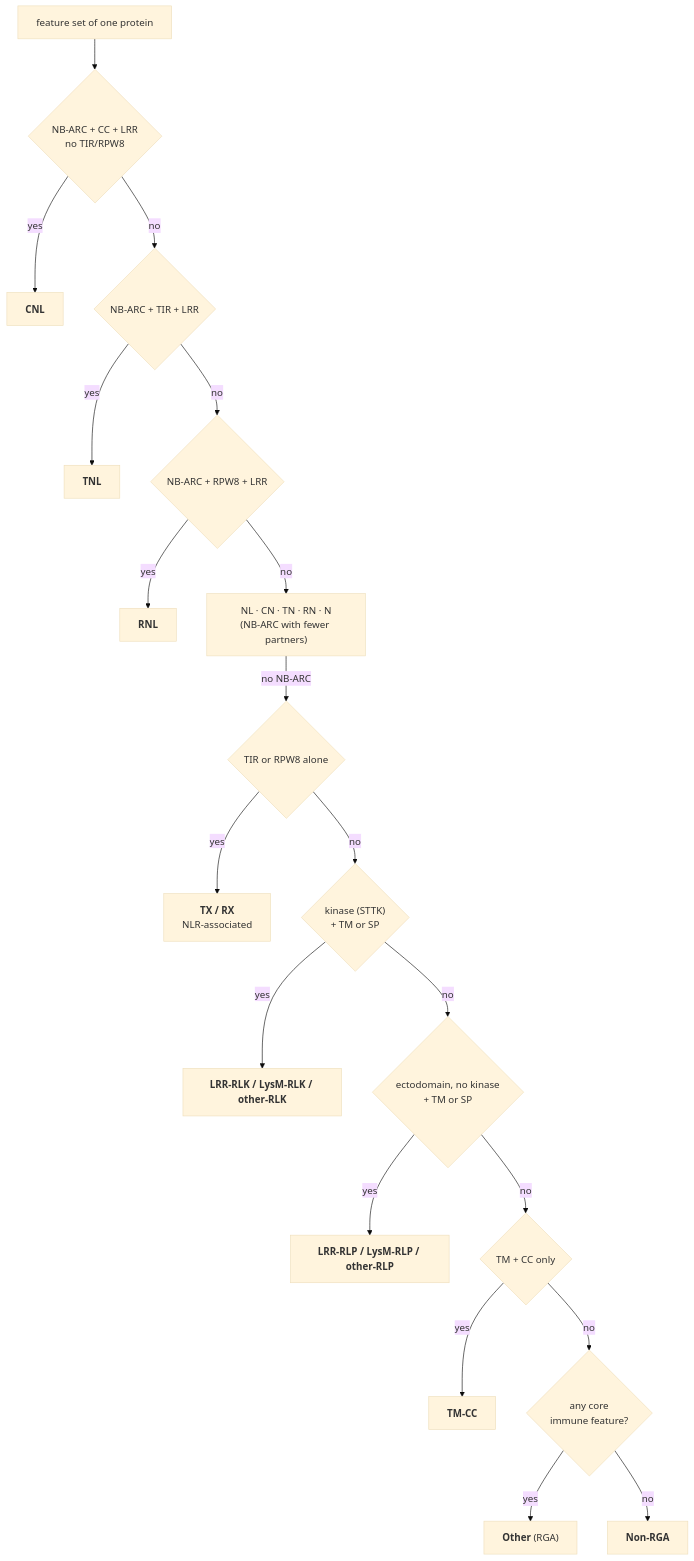
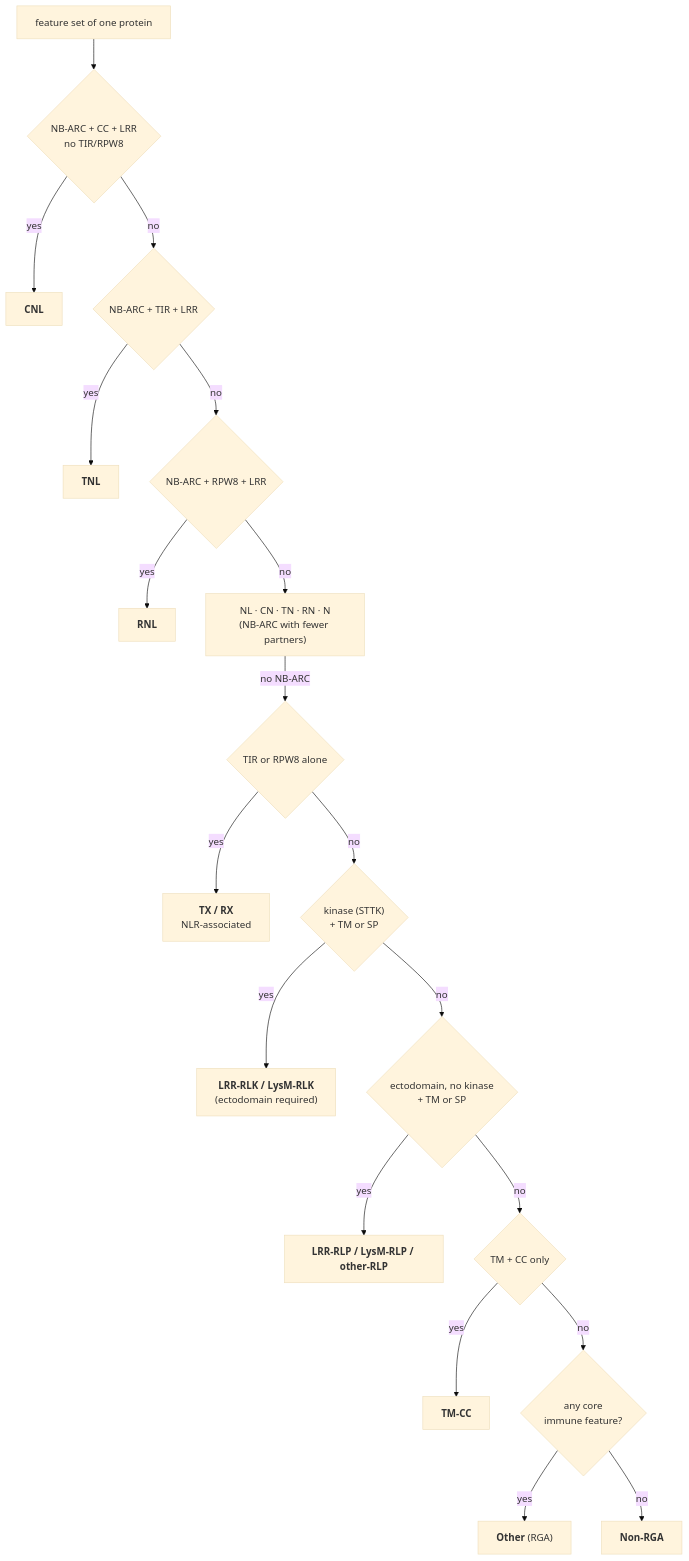
One commit to omatheuspimenta/SugarcaneTranscriptomics changed the seventh of 7 diagrams in docs/rga/ARCHITECTURE.md. Above: the diagram before and after it, drawn with Mermaid (base theme). The commit also changed other lines of this file and 13 other files, not shown here.

````diff
--- a/docs/rga/ARCHITECTURE.md
+++ b/docs/rga/ARCHITECTURE.md
@@ -456,21 +457,21 @@
 ```mermaid
 flowchart TD
     S["feature set of one protein"] --> R1{"NB-ARC + CC + LRR<br/>no TIR/RPW8"}
     R1 -->|yes| CNL["<b>CNL</b>"]
     R1 -->|no| R2{"NB-ARC + TIR + LRR"}
     R2 -->|yes| TNL["<b>TNL</b>"]
     R2 -->|no| R3{"NB-ARC + RPW8 + LRR"}
     R3 -->|yes| RNL["<b>RNL</b>"]
     R3 -->|no| R48["NL · CN · TN · RN · N<br/>(NB-ARC with fewer partners)"]
     R48 -->|no NB-ARC| R910{"TIR or RPW8 alone"}
     R910 -->|yes| TXRX["<b>TX / RX</b><br/>NLR-associated"]
     R910 -->|no| R1113{"kinase (STTK)<br/>+ TM or SP"}
-    R1113 -->|yes| RLK["<b>LRR-RLK / LysM-RLK / other-RLK</b>"]
+    R1113 -->|yes| RLK["<b>LRR-RLK / LysM-RLK</b><br/>(ectodomain required)"]
     R1113 -->|no| R1416{"ectodomain, no kinase<br/>+ TM or SP"}
     R1416 -->|yes| RLP["<b>LRR-RLP / LysM-RLP / other-RLP</b>"]
     R1416 -->|no| R17{"TM + CC only"}
     R17 -->|yes| TMCC["<b>TM-CC</b>"]
     R17 -->|no| R18{"any core<br/>immune feature?"}
     R18 -->|yes| OTH["<b>Other</b> (RGA)"]
     R18 -->|no| NON["<b>Non-RGA</b>"]
 ```
````
